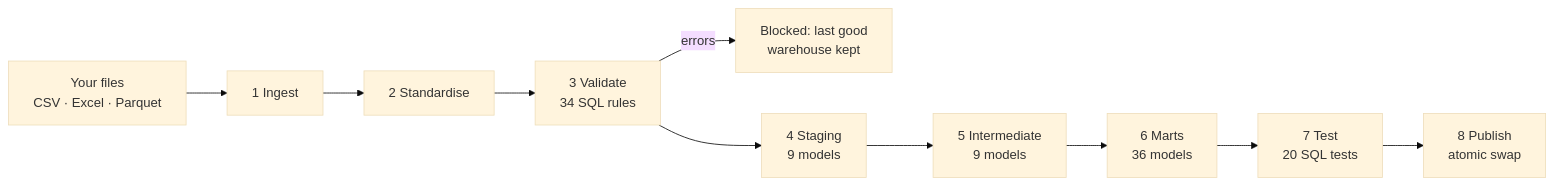
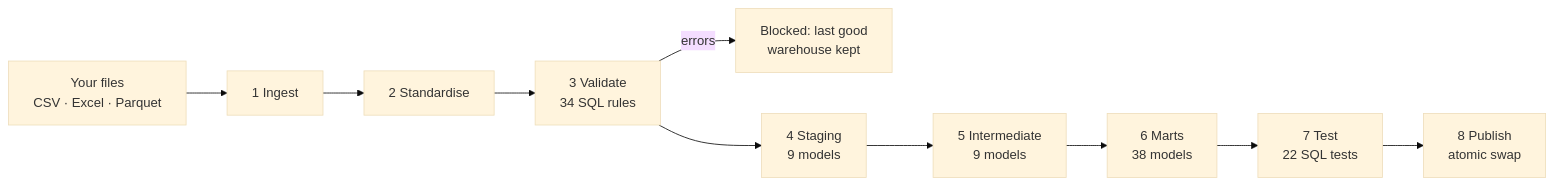
Before and after one commit to Pemalahmad/FleetOps-KPI-Dashboard: the diagram in README.md, drawn with Mermaid (base theme). The commit also changed other lines of this file and 3 other files, not shown here.

````diff
--- a/README.md
+++ b/README.md
@@ -79,6 +121,6 @@
 ```mermaid
 flowchart LR
     F["Your files<br/>CSV · Excel · Parquet"] --> I["1 Ingest"] --> S["2 Standardise"] --> V["3 Validate<br/>34 SQL rules"]
     V -- errors --> X["Blocked: last good<br/>warehouse kept"]
-    V --> ST["4 Staging<br/>9 models"] --> IN["5 Intermediate<br/>9 models"] --> M["6 Marts<br/>36 models"] --> T["7 Test<br/>20 SQL tests"] --> P["8 Publish<br/>atomic swap"]
+    V --> ST["4 Staging<br/>9 models"] --> IN["5 Intermediate<br/>9 models"] --> M["6 Marts<br/>38 models"] --> T["7 Test<br/>22 SQL tests"] --> P["8 Publish<br/>atomic swap"]
 ```
````
